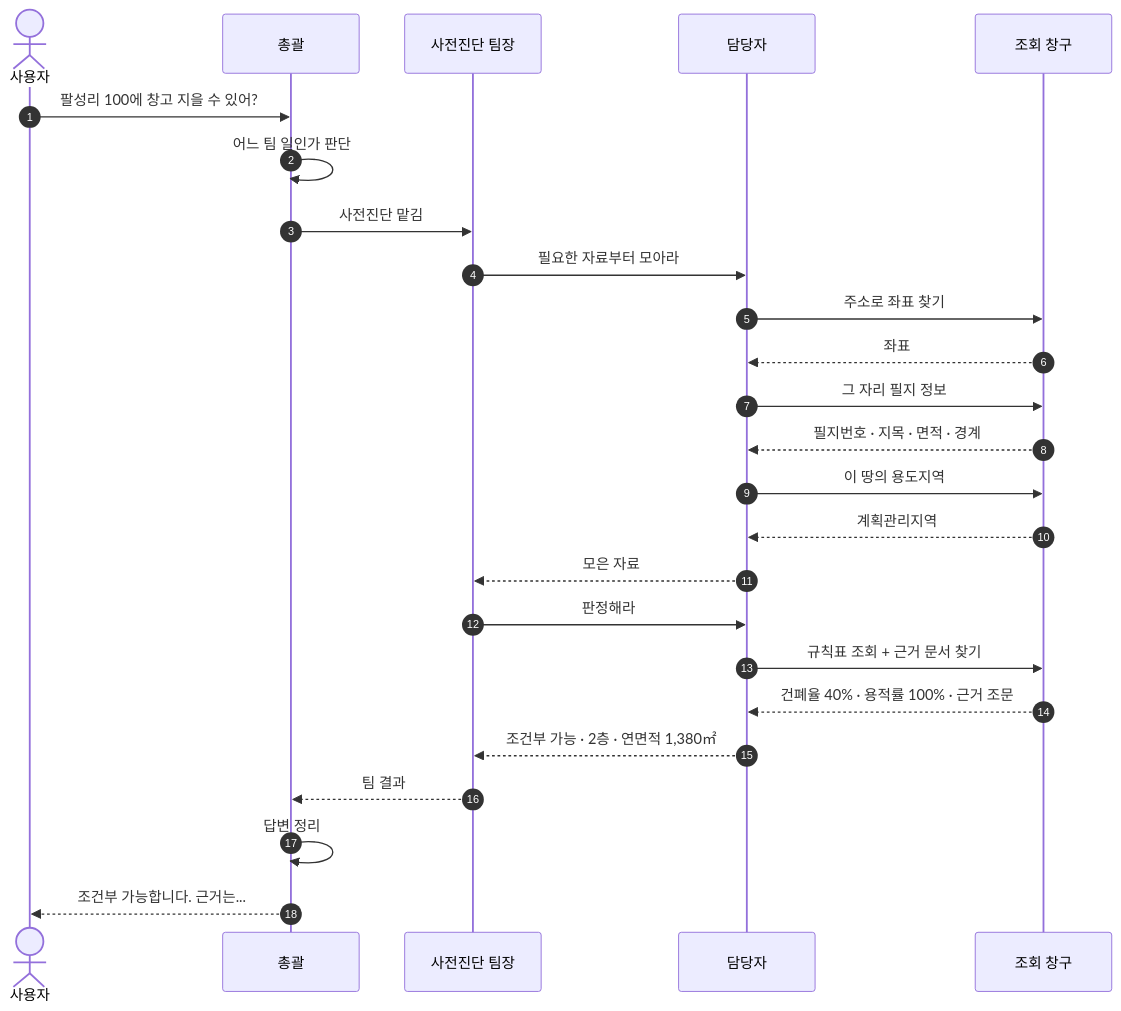
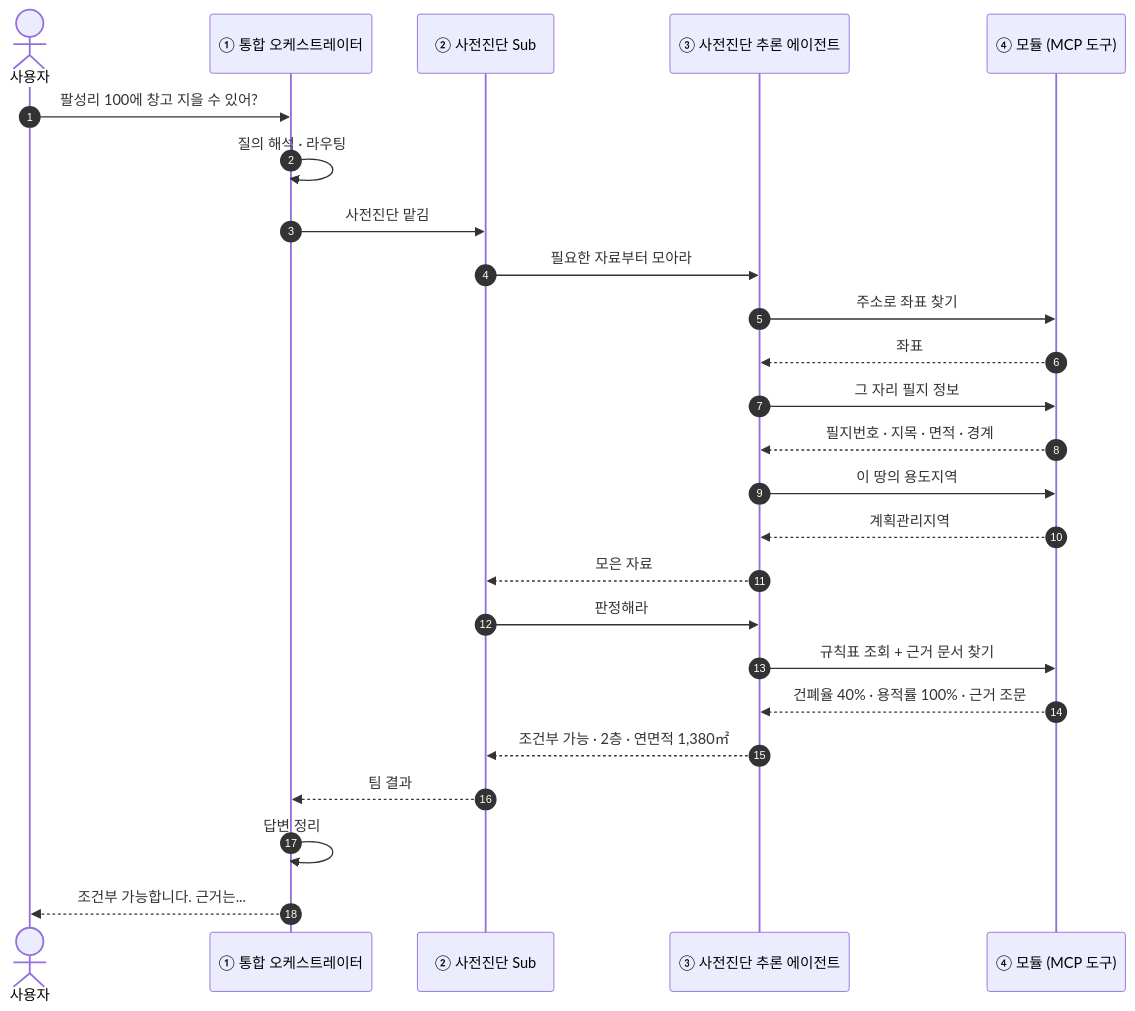
The second of 5 diagrams in docs/MCP-AGENT-SEQUENCE.md (madlrengg100/permit-copilot), drawn with Mermaid before and after one commit. The commit also changed other lines of this file, not shown here.

````diff
--- a/docs/MCP-AGENT-SEQUENCE.md
+++ b/docs/MCP-AGENT-SEQUENCE.md
@@ -71,31 +126,31 @@
 ```mermaid
 sequenceDiagram
     autonumber
     actor U as 사용자
-    participant BOSS as 총괄
-    participant LEAD as 사전진단 팀장
-    participant WK as 담당자
-    participant TOOL as 조회 창구
+    participant BOSS as ① 통합 오케스트레이터
+    participant LEAD as ② 사전진단 Sub
+    participant WK as ③ 사전진단 추론 에이전트
+    participant TOOL as ④ 모듈 (MCP 도구)
 
     U->>BOSS: 팔성리 100에 창고 지을 수 있어?
-    BOSS->>BOSS: 어느 팀 일인가 판단
+    BOSS->>BOSS: 질의 해석 · 라우팅
     BOSS->>LEAD: 사전진단 맡김
 
     LEAD->>WK: 필요한 자료부터 모아라
     WK->>TOOL: 주소로 좌표 찾기
     TOOL-->>WK: 좌표
     WK->>TOOL: 그 자리 필지 정보
     TOOL-->>WK: 필지번호 · 지목 · 면적 · 경계
     WK->>TOOL: 이 땅의 용도지역
     TOOL-->>WK: 계획관리지역
     WK-->>LEAD: 모은 자료
 
     LEAD->>WK: 판정해라
     WK->>TOOL: 규칙표 조회 + 근거 문서 찾기
     TOOL-->>WK: 건폐율 40% · 용적률 100% · 근거 조문
     WK-->>LEAD: 조건부 가능 · 2층 · 연면적 1,380㎡
     LEAD-->>BOSS: 팀 결과
 
     BOSS->>BOSS: 답변 정리
     BOSS-->>U: 조건부 가능합니다. 근거는...
 ```
````
